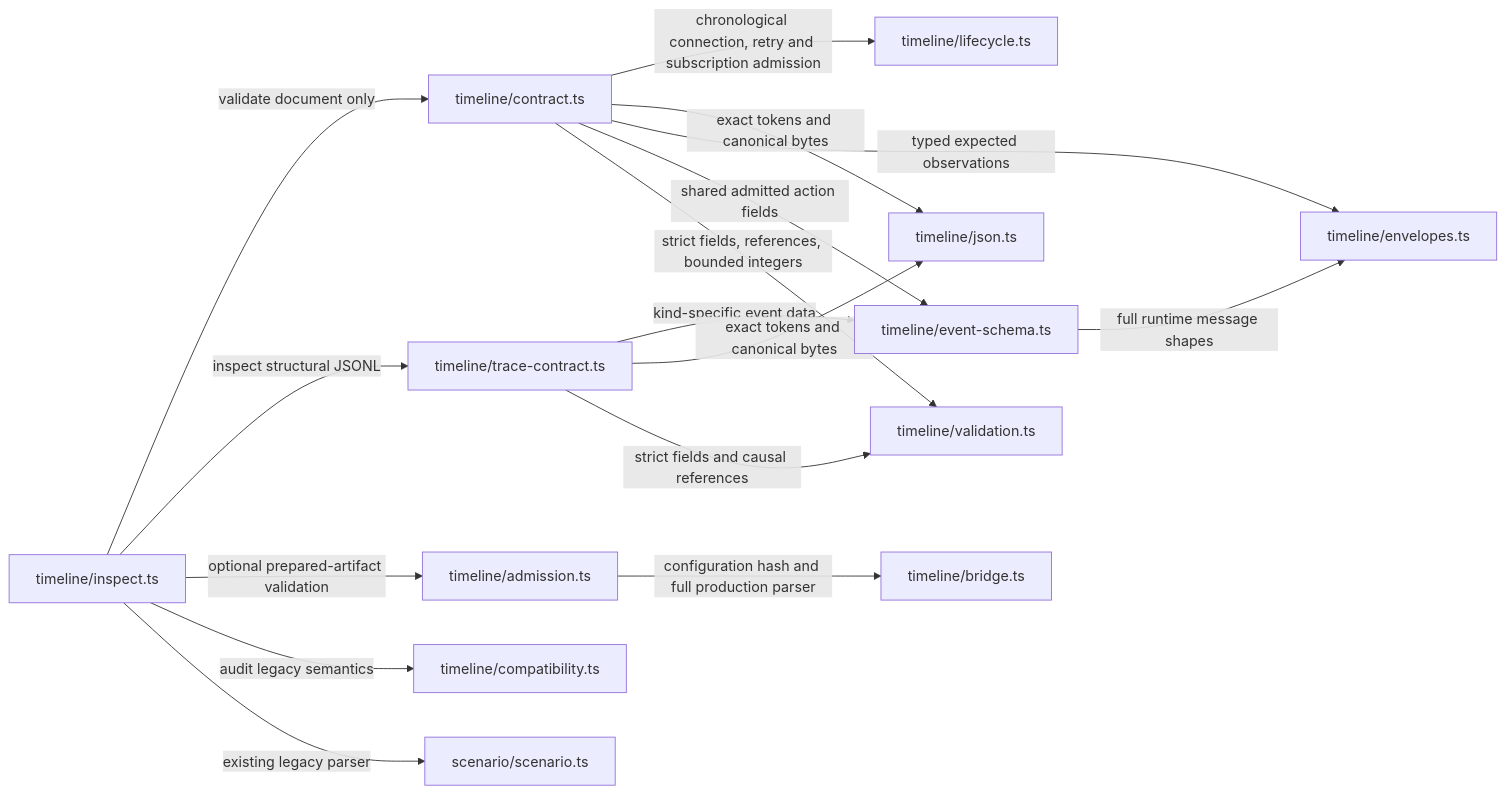
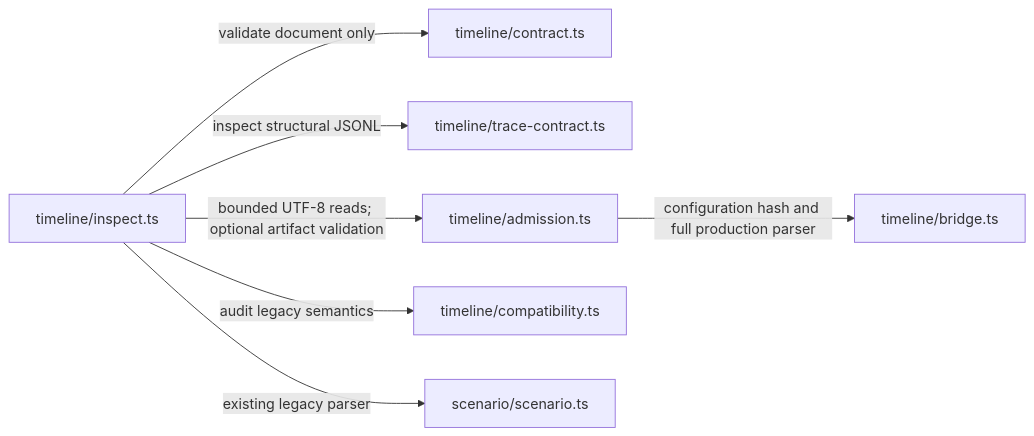
Before and after one commit to sproates/zooglass: diagram 13 of 23 in workbench/docs/source-map.md, drawn with Mermaid. The commit also changed other lines of this file and 26 other files, not shown here.

Commit message:
Strengthen timeline ownership, protocol boundaries and evidence flow

````diff
--- a/workbench/docs/source-map.md
+++ b/workbench/docs/source-map.md
@@ -484,18 +484,9 @@
 ```mermaid
 flowchart LR
   inspect["timeline/inspect.ts"] -->|validate document only| contract["timeline/contract.ts"]
   inspect -->|inspect structural JSONL| trace["timeline/trace-contract.ts"]
-  inspect -->|optional prepared-artifact validation| admission["timeline/admission.ts"]
+  inspect -->|bounded UTF-8 reads; optional artifact validation| admission["timeline/admission.ts"]
   admission -->|configuration hash and full production parser| bridge["timeline/bridge.ts"]
   inspect -->|audit legacy semantics| compatibility["timeline/compatibility.ts"]
   inspect -->|existing legacy parser| scenario["scenario/scenario.ts"]
-  contract -->|chronological connection, retry and subscription admission| lifecycle["timeline/lifecycle.ts"]
-  contract -->|exact tokens and canonical bytes| json["timeline/json.ts"]
-  trace -->|kind-specific event data| event["timeline/event-schema.ts"]
-  event -->|full runtime message shapes| envelopes["timeline/envelopes.ts"]
-  contract -->|typed expected observations| envelopes
-  contract -->|shared admitted action fields| event
-  trace -->|exact tokens and canonical bytes| json
-  contract -->|strict fields, references, bounded integers| validation["timeline/validation.ts"]
-  trace -->|strict fields and causal references| validation
 ```
````
